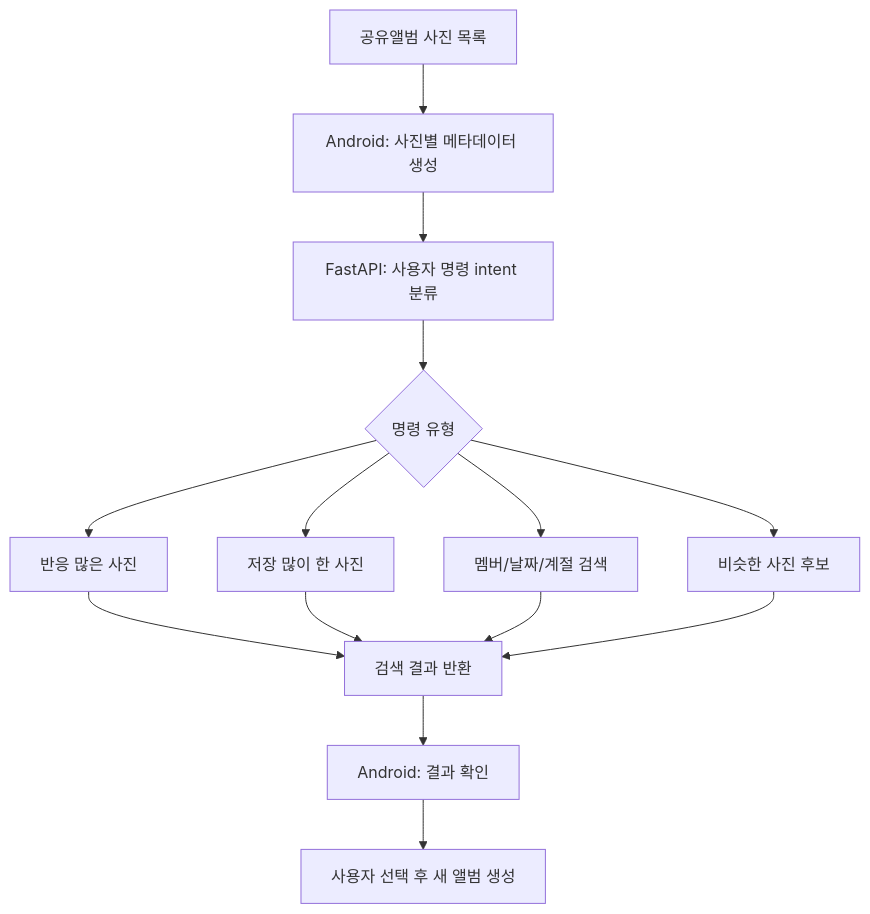
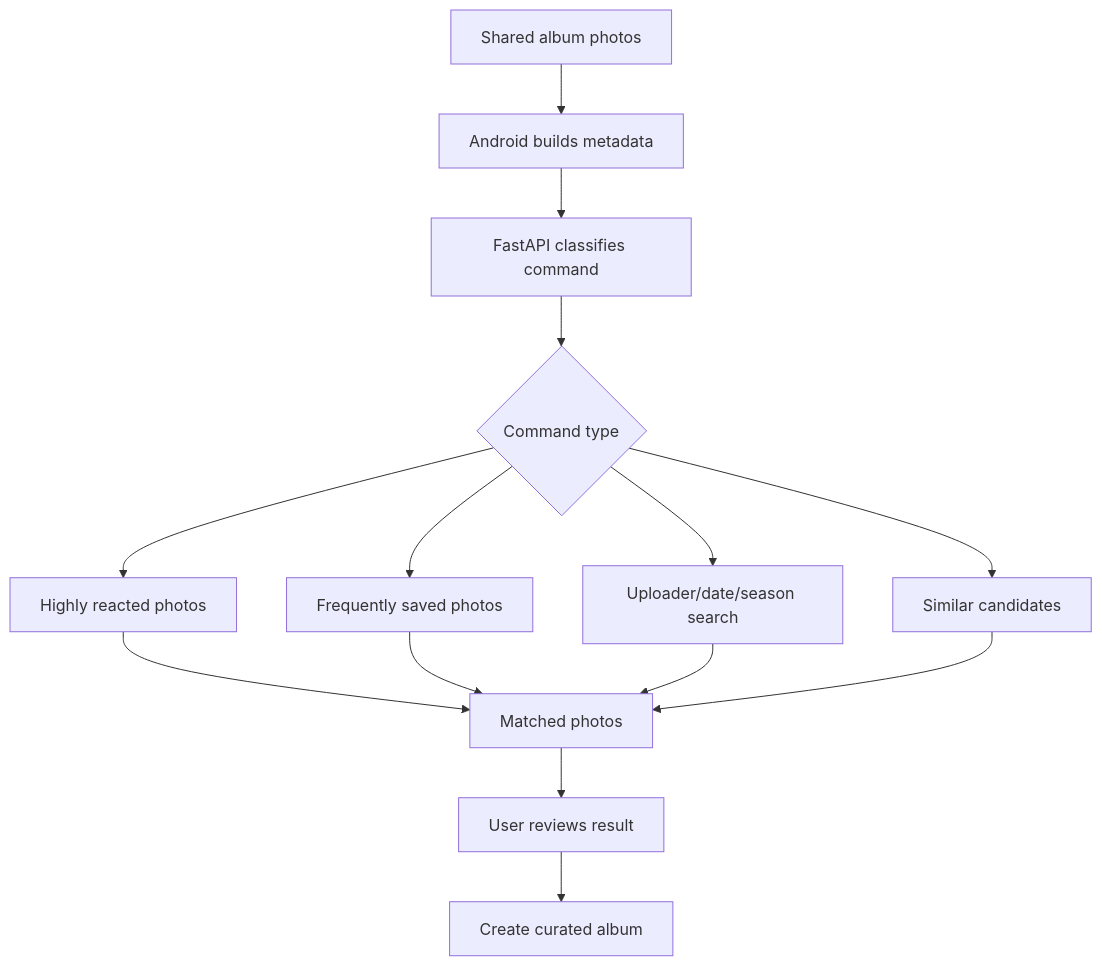
Before and after one commit to stophhh/ShareAlbum: the third of 3 diagrams in README.md, drawn with Mermaid. The commit also changed other lines of this file and 4 other files, not shown here.

````diff
--- a/README.md
+++ b/README.md
@@ -116,16 +125,16 @@
 ```mermaid
 flowchart TD
-    A["공유앨범 사진 목록"] --> B["Android: 사진별 메타데이터 생성"]
-    B --> C["FastAPI: 사용자 명령 intent 분류"]
-    C --> D{"명령 유형"}
-    D --> E["반응 많은 사진"]
-    D --> F["저장 많이 한 사진"]
-    D --> G["멤버/날짜/계절 검색"]
-    D --> H["비슷한 사진 후보"]
-    E --> I["검색 결과 반환"]
+    A["Shared album photos"] --> B["Android builds metadata"]
+    B --> C["FastAPI classifies command"]
+    C --> D{"Command type"}
+    D --> E["Highly reacted photos"]
+    D --> F["Frequently saved photos"]
+    D --> G["Uploader/date/season search"]
+    D --> H["Similar candidates"]
+    E --> I["Matched photos"]
     F --> I
     G --> I
     H --> I
-    I --> J["Android: 결과 확인"]
-    J --> K["사용자 선택 후 새 앨범 생성"]
+    I --> J["User reviews result"]
+    J --> K["Create curated album"]
 ```
````
